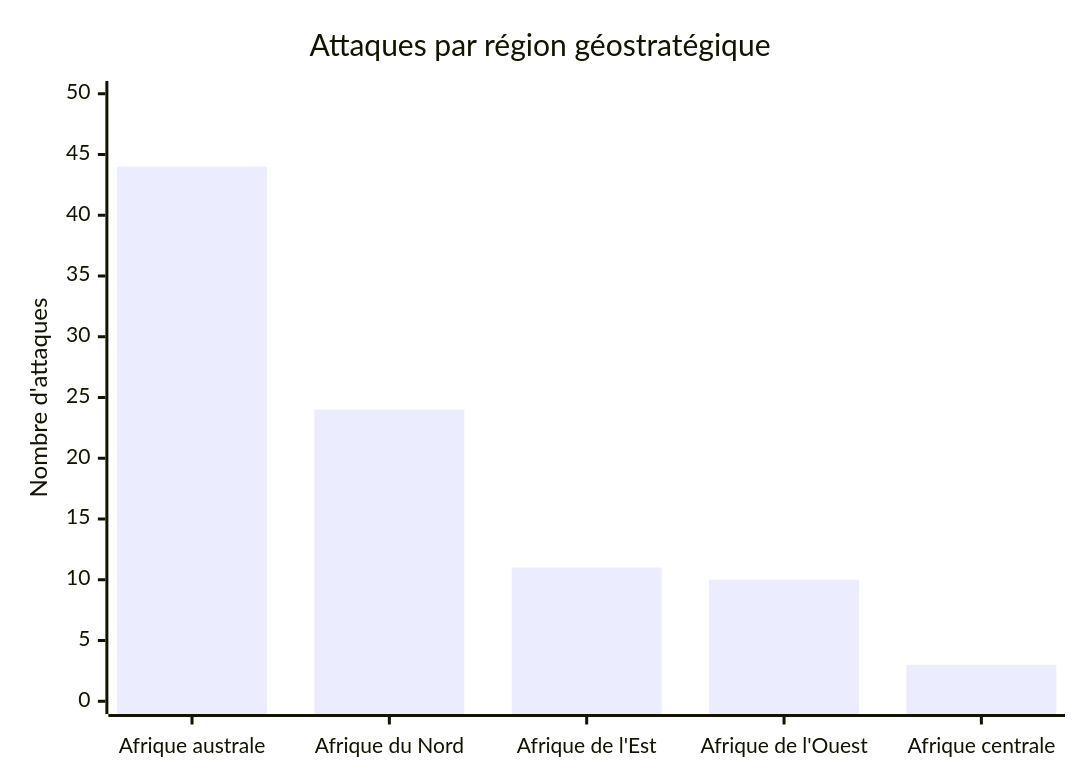
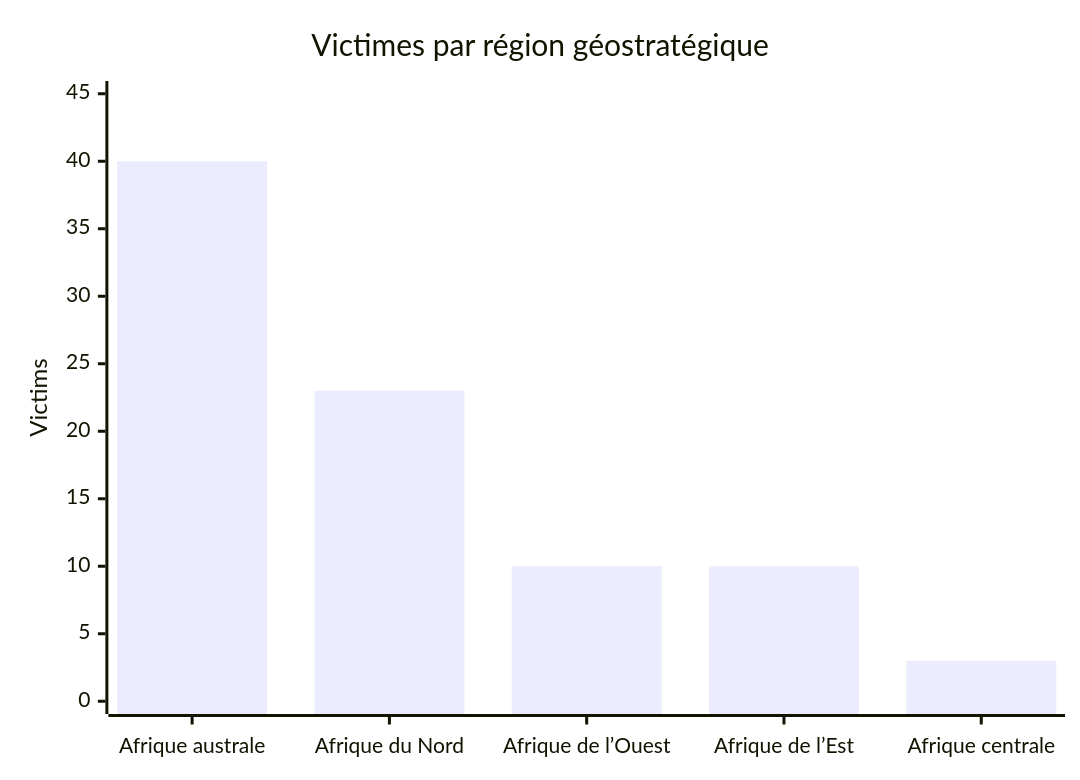
Before and after one commit to Hatchepsoute/AFRINTEL: the fourth of 5 diagrams in CyberAttackAfrica/2024/README_FR.md, drawn with Mermaid. The commit also changed other lines of this file and 3 other files, not shown here.

````diff
--- a/CyberAttackAfrica/2024/README_FR.md
+++ b/CyberAttackAfrica/2024/README_FR.md
@@ -191,7 +212,7 @@
 ```mermaid
 xychart-beta
-    title "Attaques par région géostratégique"
-    x-axis ["Afrique australe", "Afrique du Nord", "Afrique de l'Est", "Afrique de l'Ouest", "Afrique centrale"]
-    y-axis "Nombre d'attaques" 0 --> 50
-    bar [44, 24, 11, 10, 3]
+    title "Victimes par région géostratégique"
+    x-axis ["Afrique australe", "Afrique du Nord", "Afrique de l’Ouest", "Afrique de l’Est", "Afrique centrale"]
+    y-axis "Victims" 0 --> 45
+    bar [40, 23, 10, 10, 3]
 ```
````
